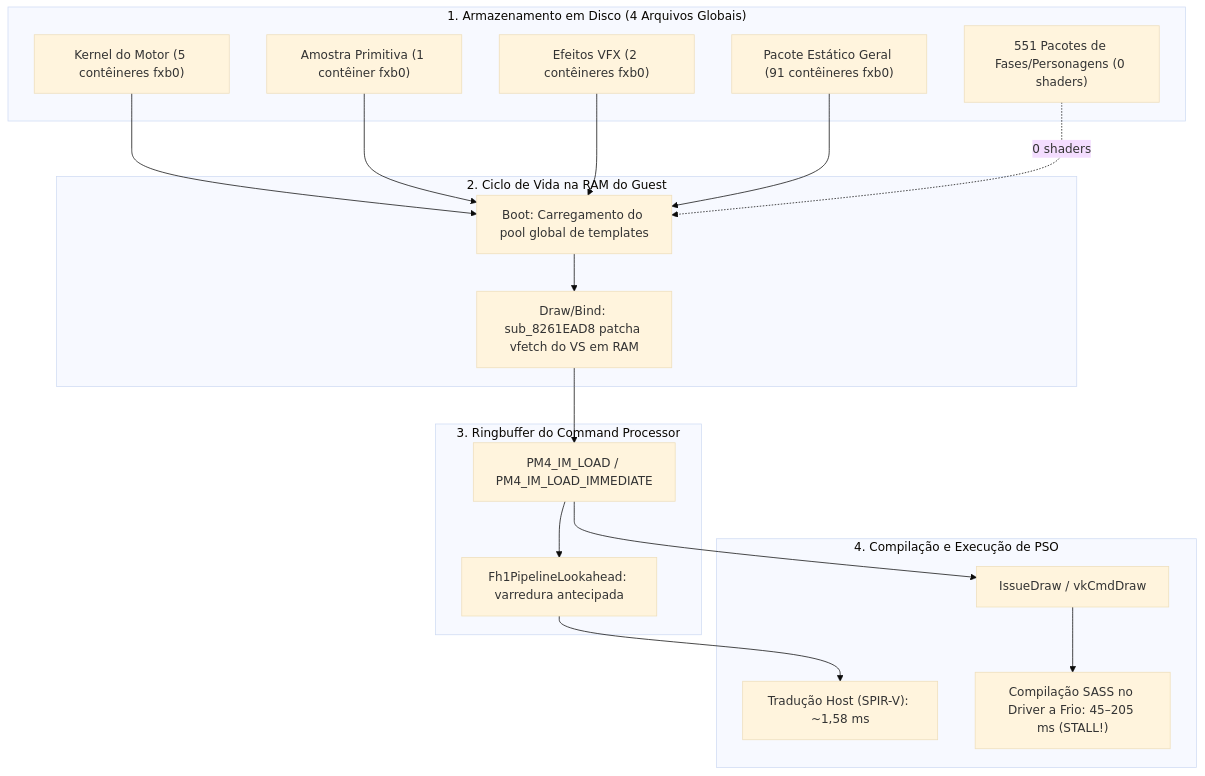
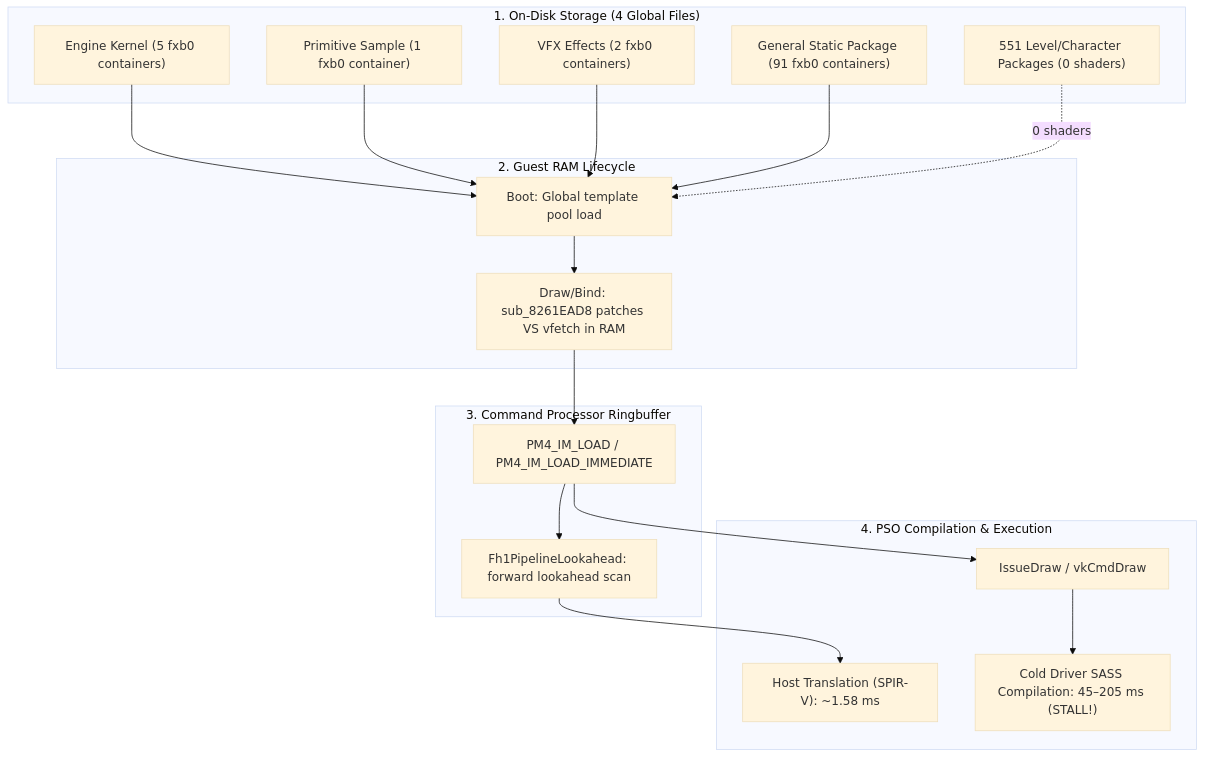
One commit to kelvynzucco/majistic-recomp changed the diagram in docs/discovery/D4-shader-registration-timing.md. Above: the diagram before and after it, drawn with Mermaid (base theme). The commit also changed other lines of this file and 3 other files, not shown here.

````diff
--- a/docs/discovery/D4-shader-registration-timing.md
+++ b/docs/discovery/D4-shader-registration-timing.md
@@ -16,39 +16,39 @@
 ```mermaid
 flowchart TD
-    subgraph Disk["1. Armazenamento em Disco (4 Arquivos Globais)"]
-        knl["Kernel do Motor (5 contêineres fxb0)"]
-        pak1["Amostra Primitiva (1 contêiner fxb0)"]
-        pak2["Efeitos VFX (2 contêineres fxb0)"]
-        pak3["Pacote Estático Geral (91 contêineres fxb0)"]
-        levelPak["551 Pacotes de Fases/Personagens (0 shaders)"]
+    subgraph Disk["1. On-Disk Storage (4 Global Files)"]
+        knl["Engine Kernel (5 fxb0 containers)"]
+        pak1["Primitive Sample (1 fxb0 container)"]
+        pak2["VFX Effects (2 fxb0 containers)"]
+        pak3["General Static Package (91 fxb0 containers)"]
+        levelPak["551 Level/Character Packages (0 shaders)"]
     end
 
-    subgraph GuestRAM["2. Ciclo de Vida na RAM do Guest"]
-        bootLoad["Boot: Carregamento do pool global de templates"]
-        sub_8261EAD8["Draw/Bind: sub_8261EAD8 patcha vfetch do VS em RAM"]
+    subgraph GuestRAM["2. Guest RAM Lifecycle"]
+        bootLoad["Boot: Global template pool load"]
+        sub_8261EAD8["Draw/Bind: sub_8261EAD8 patches VS vfetch in RAM"]
     end
 
-    subgraph Ringbuffer["3. Ringbuffer do Command Processor"]
+    subgraph Ringbuffer["3. Command Processor Ringbuffer"]
         pm4["PM4_IM_LOAD / PM4_IM_LOAD_IMMEDIATE"]
-        lookahead["Fh1PipelineLookahead: varredura antecipada"]
+        lookahead["Fh1PipelineLookahead: forward lookahead scan"]
     end
 
-    subgraph Pipeline["4. Compilação e Execução de PSO"]
-        translate["Tradução Host (SPIR-V): ~1,58 ms"]
-        psoMiss["Compilação SASS no Driver a Frio: 45–205 ms (STALL!)"]
+    subgraph Pipeline["4. PSO Compilation & Execution"]
+        translate["Host Translation (SPIR-V): ~1.58 ms"]
+        psoMiss["Cold Driver SASS Compilation: 45–205 ms (STALL!)"]
         draw["IssueDraw / vkCmdDraw"]
     end
 
     knl --> bootLoad
     pak1 --> bootLoad
     pak2 --> bootLoad
     pak3 --> bootLoad
     levelPak -. "0 shaders" .-> bootLoad
 
     bootLoad --> sub_8261EAD8
     sub_8261EAD8 --> pm4
     pm4 --> lookahead
     lookahead --> translate
     pm4 --> draw
     draw --> psoMiss
 ```
````
